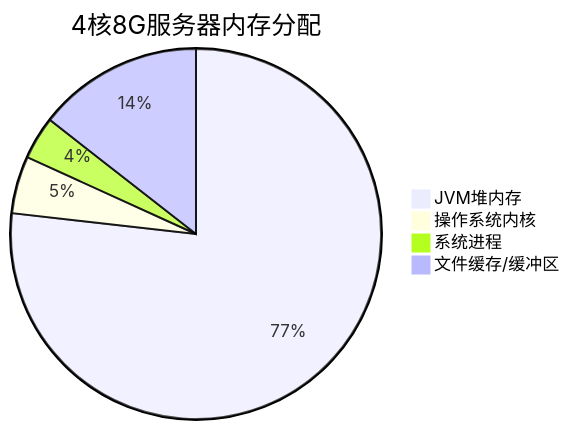
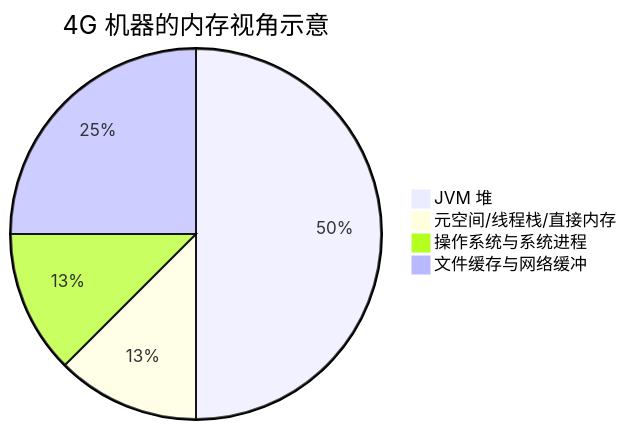
The fifth of 5 diagrams in _posts/2025-11-06-零散知识点.markdown (zxNchuPG/zxNchuPG.github.io), drawn with Mermaid before and after one commit. The commit also changed other lines of this file, not shown here.

````diff
--- a/_posts/2025-11-06-零散知识点.markdown
+++ b/_posts/2025-11-06-零散知识点.markdown
@@ -652,8 +775,8 @@
 ```mermaid
 pie
-    title 4核8G服务器内存分配
-    "JVM堆内存" : 6144
-    "操作系统内核" : 400
-    "系统进程" : 300
-    "文件缓存/缓冲区" : 1156
+    title 4G 机器的内存视角示意
+    "JVM 堆" : 2048
+    "元空间/线程栈/直接内存" : 512
+    "操作系统与系统进程" : 512
+    "文件缓存与网络缓冲" : 1024
 ```
````
